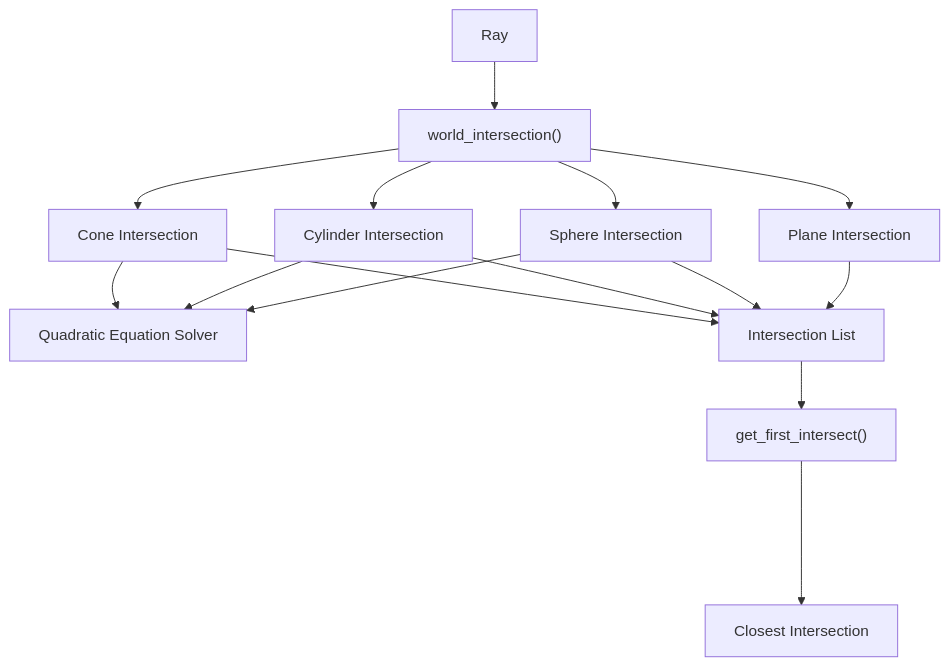
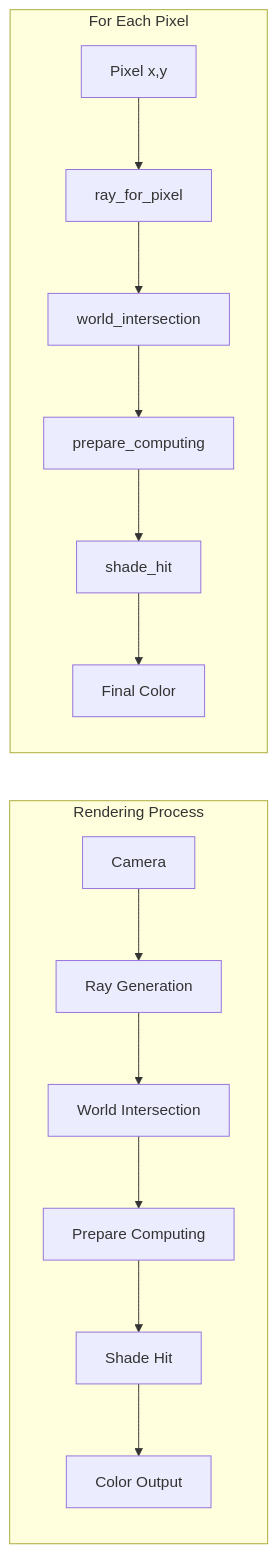
Before and after one commit to moh3333/minirt: the second of 3 diagrams in README.md, drawn with Mermaid. The commit also changed other lines of this file, not shown here.

````diff
--- a/README.md
+++ b/README.md
@@ -106,21 +56,18 @@
 ```mermaid
-
-flowchart TD
-    A["Ray"] --> B["world_intersection()"]
-    B --> C["Cone Intersection"]
-    B --> D["Cylinder Intersection"]
-    B --> E["Sphere Intersection"]
-    B --> F["Plane Intersection"]
-
-    C --> J["Quadratic Equation Solver"]
-    D --> J
-    E --> J
-
-    C --> H[Intersection List]
-    D --> H
-    E --> H
-    F --> H
-
-    H --> L["get_first_intersect()"]
-    L ----> S[Closest Intersection]
+flowchart LR
+    subgraph "Rendering Process"
+        A[Camera] --> B[Ray Generation]
+        B --> C[World Intersection]
+        C --> D[Prepare Computing]
+        D --> E[Shade Hit]
+        E --> F[Color Output]
+    end
+    
+    subgraph "For Each Pixel"
+        G[Pixel x,y] --> H[ray_for_pixel]
+        H --> I[world_intersection]
+        I --> J[prepare_computing]
+        J --> K[shade_hit]
+        K --> L[Final Color]
+    end
 ```
````
